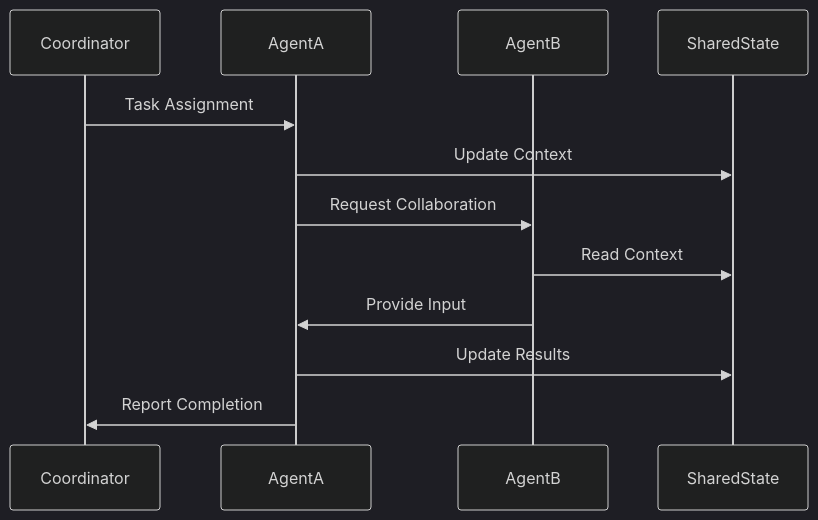
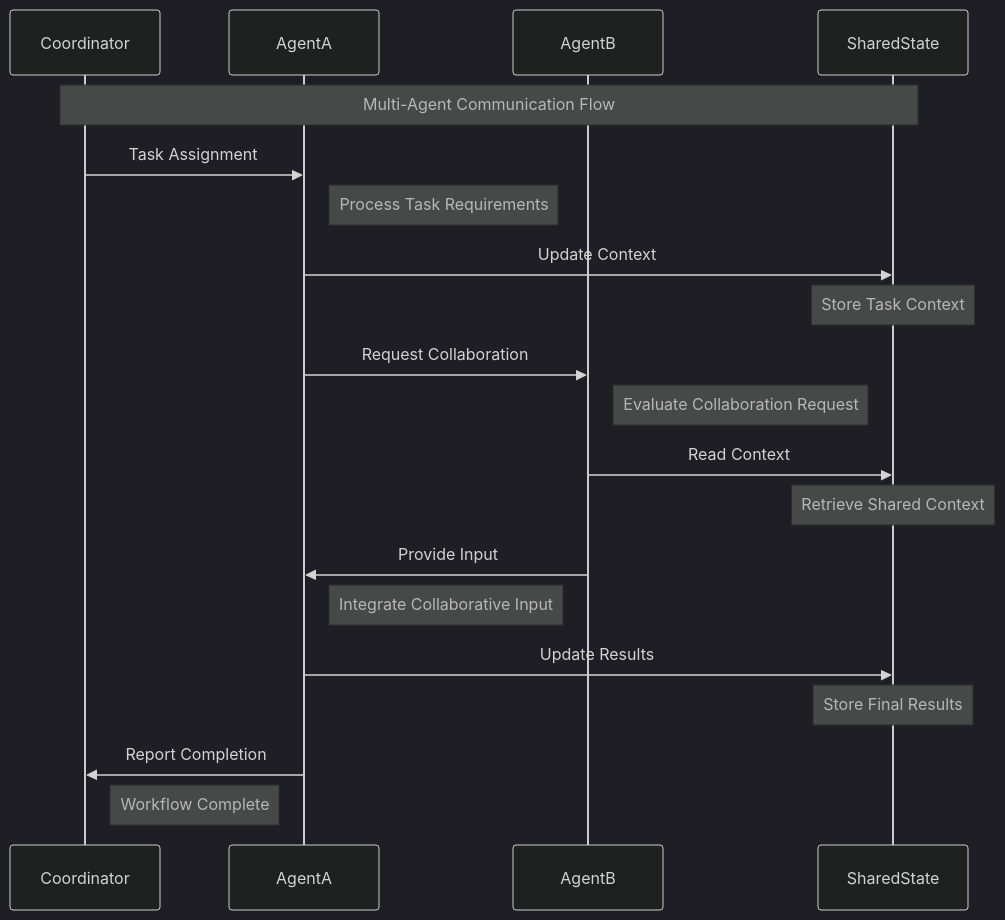
One commit to jupyter-naas/docs changed the second of 2 diagrams in site/docs/scale/architecture/multi-agent-systems.md. Above: the diagram before and after it, drawn with Mermaid (dark theme). The commit also changed other lines of this file and 4 other files, not shown here.

First line of the commit message:
feat: Implement consistent Mermaid styling across all architecture diagrams

````diff
--- a/site/docs/scale/architecture/multi-agent-systems.md
+++ b/site/docs/scale/architecture/multi-agent-systems.md
@@ -192,15 +200,30 @@
 ```mermaid
 sequenceDiagram
     participant Coordinator
     participant AgentA
     participant AgentB
     participant SharedState
     
+    Note over Coordinator,SharedState: Multi-Agent Communication Flow
+    
     Coordinator->>AgentA: Task Assignment
+    Note right of AgentA: Process Task Requirements
+    
     AgentA->>SharedState: Update Context
+    Note over SharedState: Store Task Context
+    
     AgentA->>AgentB: Request Collaboration
+    Note right of AgentB: Evaluate Collaboration Request
+    
     AgentB->>SharedState: Read Context
+    Note over SharedState: Retrieve Shared Context
+    
     AgentB->>AgentA: Provide Input
+    Note right of AgentA: Integrate Collaborative Input
+    
     AgentA->>SharedState: Update Results
+    Note over SharedState: Store Final Results
+    
     AgentA->>Coordinator: Report Completion
+    Note right of Coordinator: Workflow Complete
 ```
````
